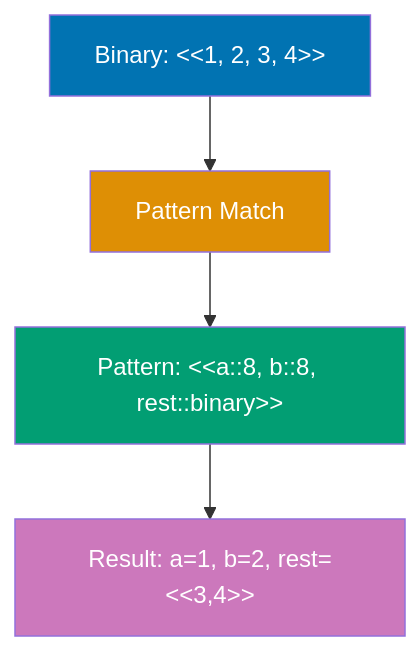
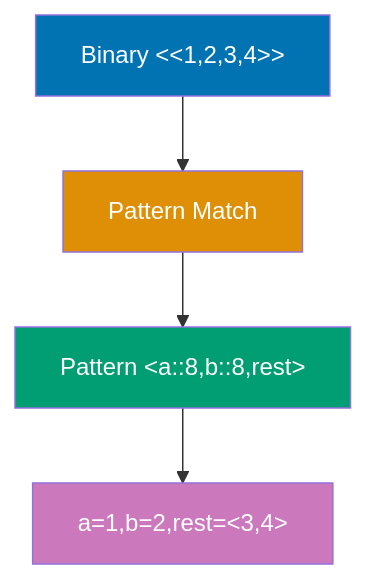
Diagram 23 of 24 in apps/ayokoding-www/content/en/learn/software-engineering/programming-languages/elixir/by-example/advanced.md (wahidyankf/baseerah), drawn with Mermaid before and after one commit. The commit also changed other lines of this file and 88 other files, not shown here.

First line of the commit message:
fix(ayokoding-www): resolve pre-existing Mermaid violations, exclude fixtures/plans-done

````diff
--- a/apps/ayokoding-www/content/en/learn/software-engineering/programming-languages/elixir/by-example/advanced.md
+++ b/apps/ayokoding-www/content/en/learn/software-engineering/programming-languages/elixir/by-example/advanced.md
@@ -4043,11 +4043,11 @@
 ```mermaid
 graph TD
-    Binary["Binary: #60;#60;1, 2, 3, 4#62;#62;"] --> Match["Pattern Match"]
-    Match --> Parts["Pattern: #60;#60;a::8, b::8, rest::binary#62;#62;"]
-    Parts --> Values["Result: a=1, b=2, rest=#60;#60;3,4#62;#62;"]
+    Binary["Binary #60;#60;1,2,3,4#62;#62;"] --> Match["Pattern Match"]
+    Match --> Parts["Pattern #60;a::8,b::8,rest#62;"]
+    Parts --> Values["a=1,b=2,rest=#60;3,4#62;"]
 
     style Binary fill:#0173B2,color:#fff
     style Match fill:#DE8F05,color:#fff
     style Parts fill:#029E73,color:#fff
     style Values fill:#CC78BC,color:#fff
 ```
````
